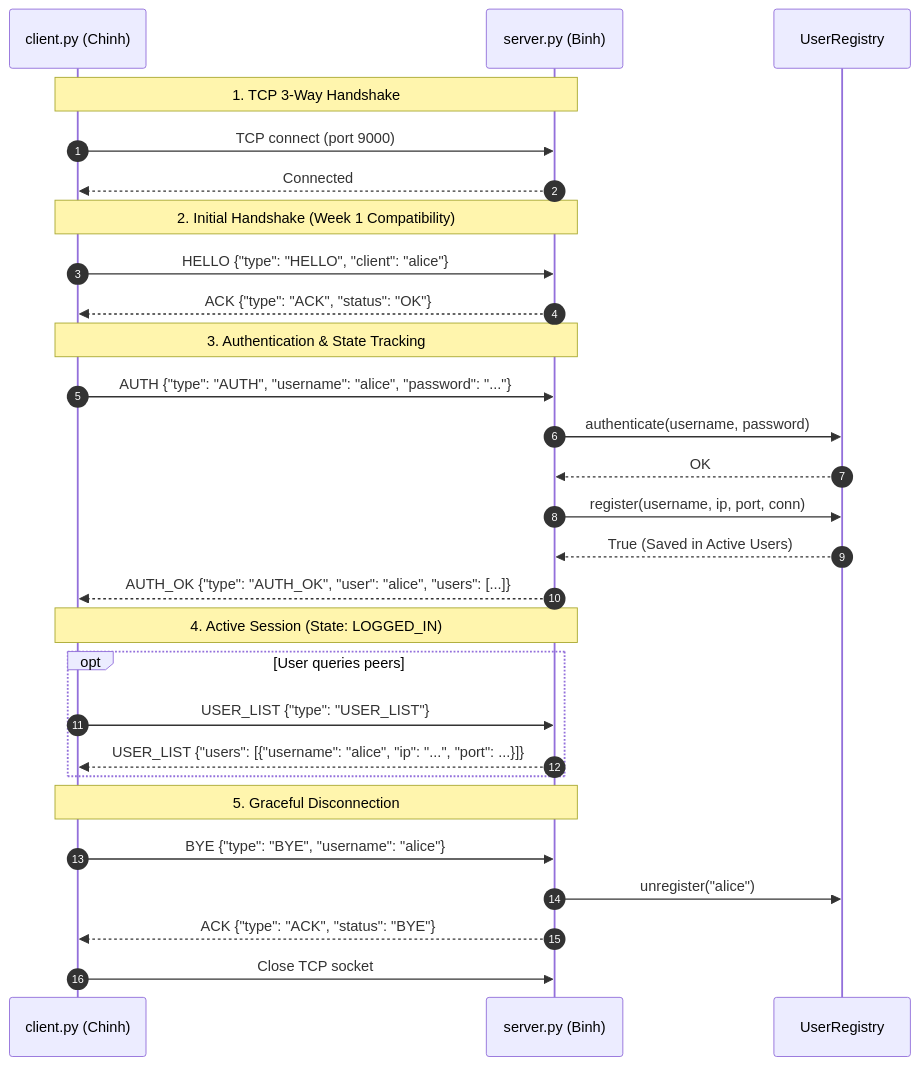
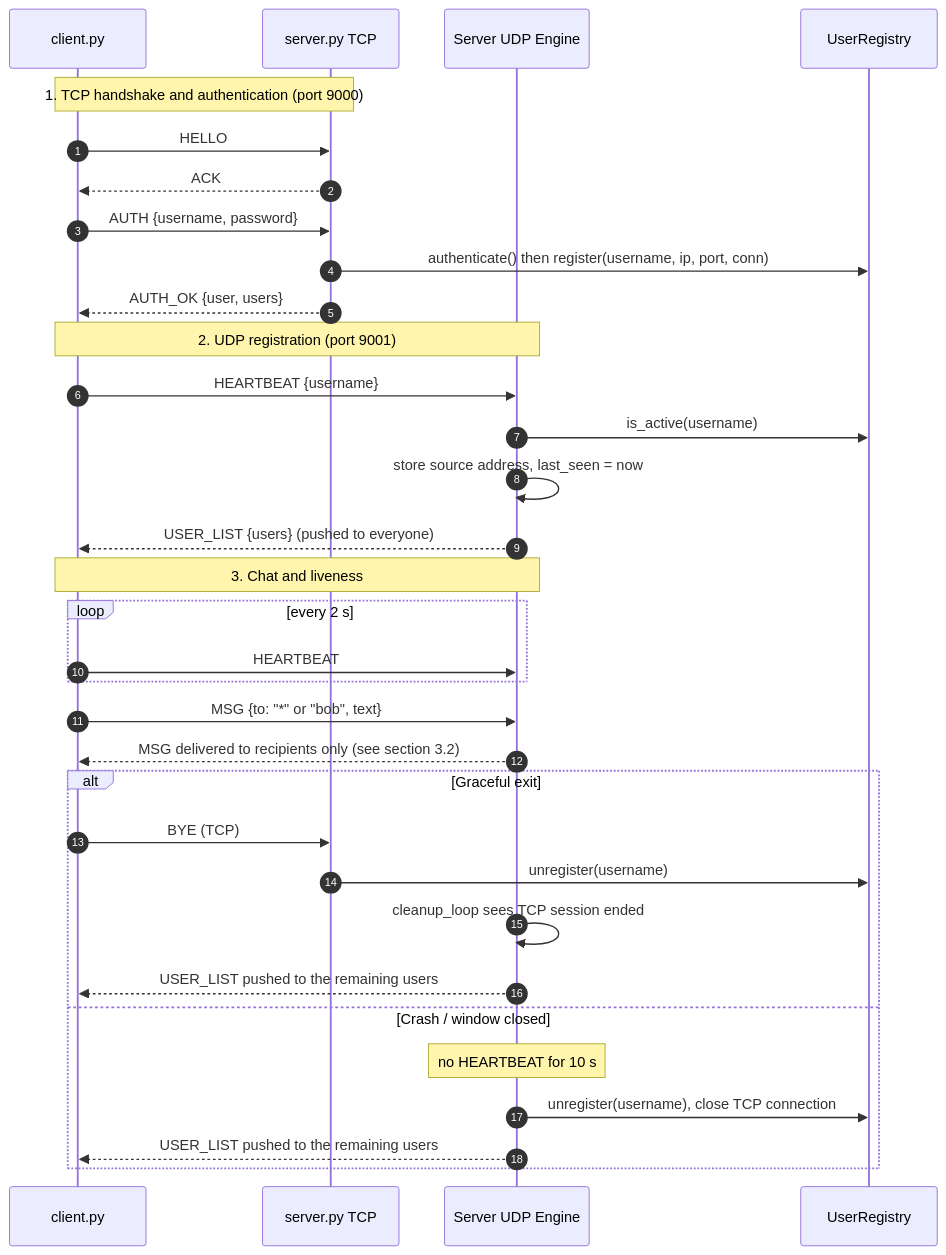
The fourth of 5 diagrams in docs/architecture.md (Smokiestfox/networking-app-assignment), drawn with Mermaid before and after one commit. The commit also changed other lines of this file and 2 other files, not shown here.

Commit message:
feat(client): implement UDP chat, heartbeat, and demo messaging

````diff
--- a/docs/architecture.md
+++ b/docs/architecture.md
@@ -72,35 +150,39 @@
 ```mermaid
 sequenceDiagram
     autonumber
-    participant C as client.py (Chinh)
-    participant S as server.py (Binh)
-    participant R as UserRegistry
+    participant C as client.py
+    participant S as server.py TCP 
+    participant U as Server UDP Engine 
+    participant R as UserRegistry 
 
-    Note over C,S: 1. TCP 3-Way Handshake
-    C->>S: TCP connect (port 9000)
-    S-->>C: Connected
+    Note over C,S: 1. TCP handshake and authentication (port 9000)
+    C->>S: HELLO
+    S-->>C: ACK
+    C->>S: AUTH {username, password}
+    S->>R: authenticate() then register(username, ip, port, conn)
+    S-->>C: AUTH_OK {user, users}
 
-    Note over C,S: 2. Initial Handshake (Week 1 Compatibility)
-    C->>S: HELLO {"type": "HELLO", "client": "alice"}
-    S-->>C: ACK {"type": "ACK", "status": "OK"}
+    Note over C,U: 2. UDP registration (port 9001)
+    C->>U: HEARTBEAT {username}
+    U->>R: is_active(username)
+    U->>U: store source address, last_seen = now
+    U-->>C: USER_LIST {users} (pushed to everyone)
 
-    Note over C,S: 3. Authentication & State Tracking
-    C->>S: AUTH {"type": "AUTH", "username": "alice", "password": "..."}
-    S->>R: authenticate(username, password)
-    R-->>S: OK
-    S->>R: register(username, ip, port, conn)
-    R-->>S: True (Saved in Active Users)
-    S-->>C: AUTH_OK {"type": "AUTH_OK", "user": "alice", "users": [...]}
+    Note over C,U: 3. Chat and liveness
+    loop every 2 s
+        C->>U: HEARTBEAT
+    end
+    C->>U: MSG {to: "*" or "bob", text}
+    U-->>C: MSG delivered to recipients only (see section 3.2)
 
-    Note over C,S: 4. Active Session (State: LOGGED_IN)
-    opt User queries peers
-        C->>S: USER_LIST {"type": "USER_LIST"}
-        S-->>C: USER_LIST {"users": [{"username": "alice", "ip": "...", "port": ...}]}
+    alt Graceful exit
+        C->>S: BYE (TCP)
+        S->>R: unregister(username)
+        U->>U: cleanup_loop sees TCP session ended
+        U-->>C: USER_LIST pushed to the remaining users
+    else Crash / window closed
+        Note over U: no HEARTBEAT for 10 s
+        U->>R: unregister(username), close TCP connection
+        U-->>C: USER_LIST pushed to the remaining users
     end
-
-    Note over C,S: 5. Graceful Disconnection
-    C->>S: BYE {"type": "BYE", "username": "alice"}
-    S->>R: unregister("alice")
-    S-->>C: ACK {"type": "ACK", "status": "BYE"}
-    C->>S: Close TCP socket
 ```
````
